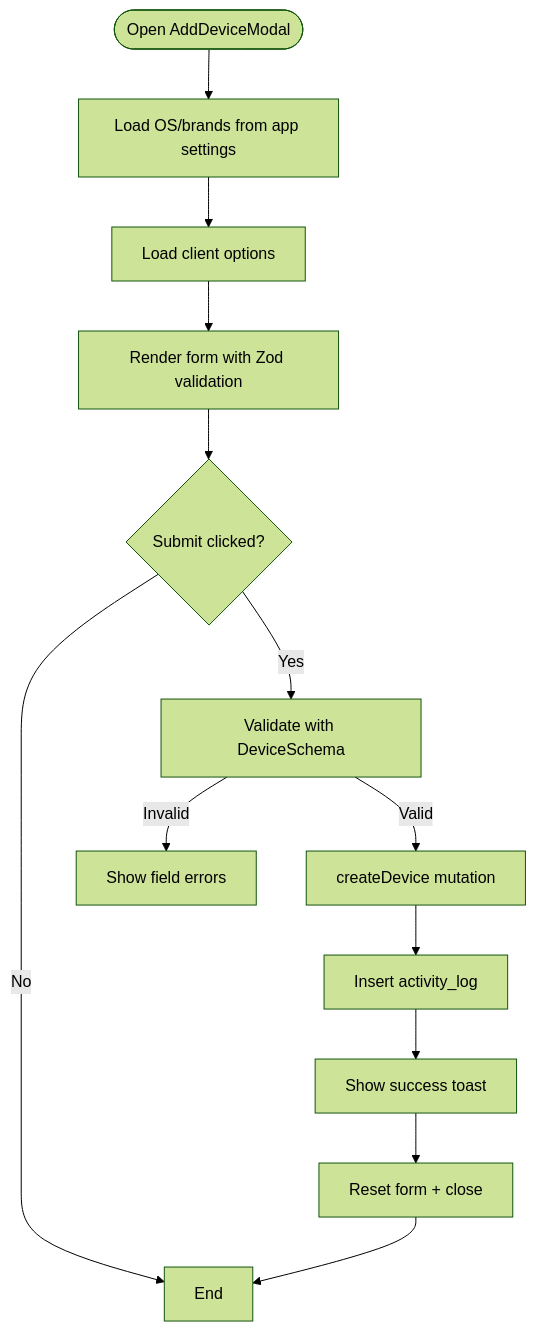
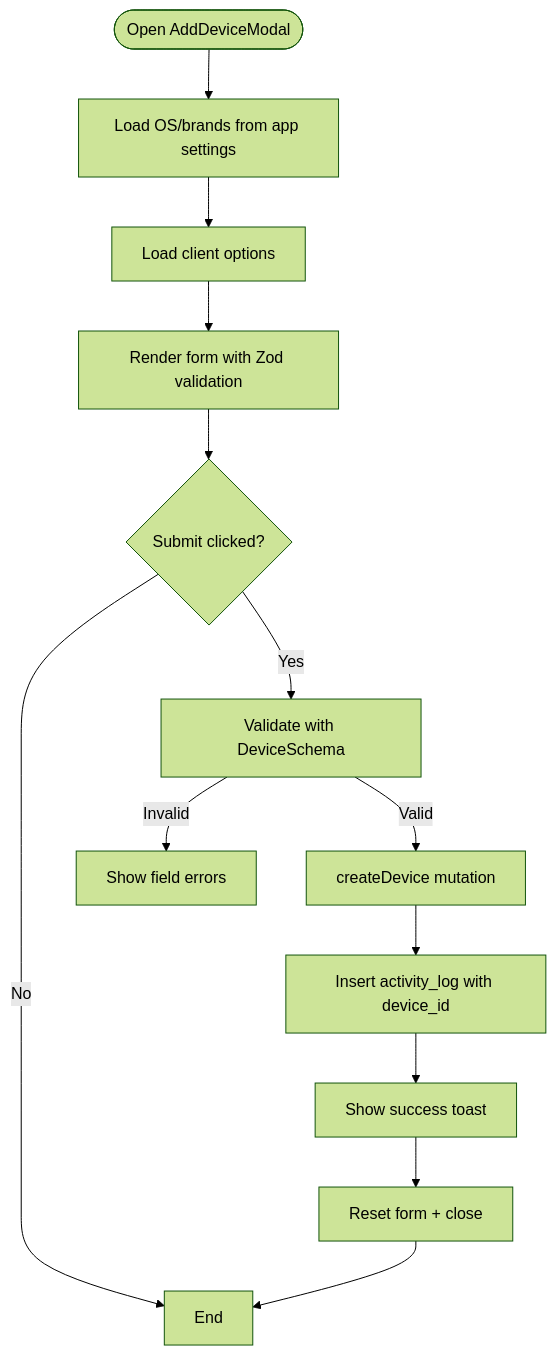
One commit to gastaldellomarco/pcReady changed the third of 9 diagrams in .qoder/repowiki/en/content/Device Management System/Device Management System.md. Above: the diagram before and after it, drawn with Mermaid (forest theme). The commit also changed other lines of this file and 5 other files, not shown here.

````diff
--- a/.qoder/repowiki/en/content/Device Management System/Device Management System.md
+++ b/.qoder/repowiki/en/content/Device Management System/Device Management System.md
@@ -174,15 +184,15 @@
 ```mermaid
 flowchart TD
 Start(["Open AddDeviceModal"]) --> LoadSettings["Load OS/brands from app settings"]
 LoadSettings --> LoadClients["Load client options"]
 LoadClients --> Form["Render form with Zod validation"]
 Form --> Submit{"Submit clicked?"}
 Submit --> |No| End
 Submit --> |Yes| Validate["Validate with DeviceSchema"]
 Validate --> |Invalid| ShowErrors["Show field errors"]
 Validate --> |Valid| Persist["createDevice mutation"]
-Persist --> Log["Insert activity_log"]
+Persist --> Log["Insert activity_log with device_id"]
 Log --> Toast["Show success toast"]
 Toast --> Reset["Reset form + close"]
 Reset --> End
 ```
````
